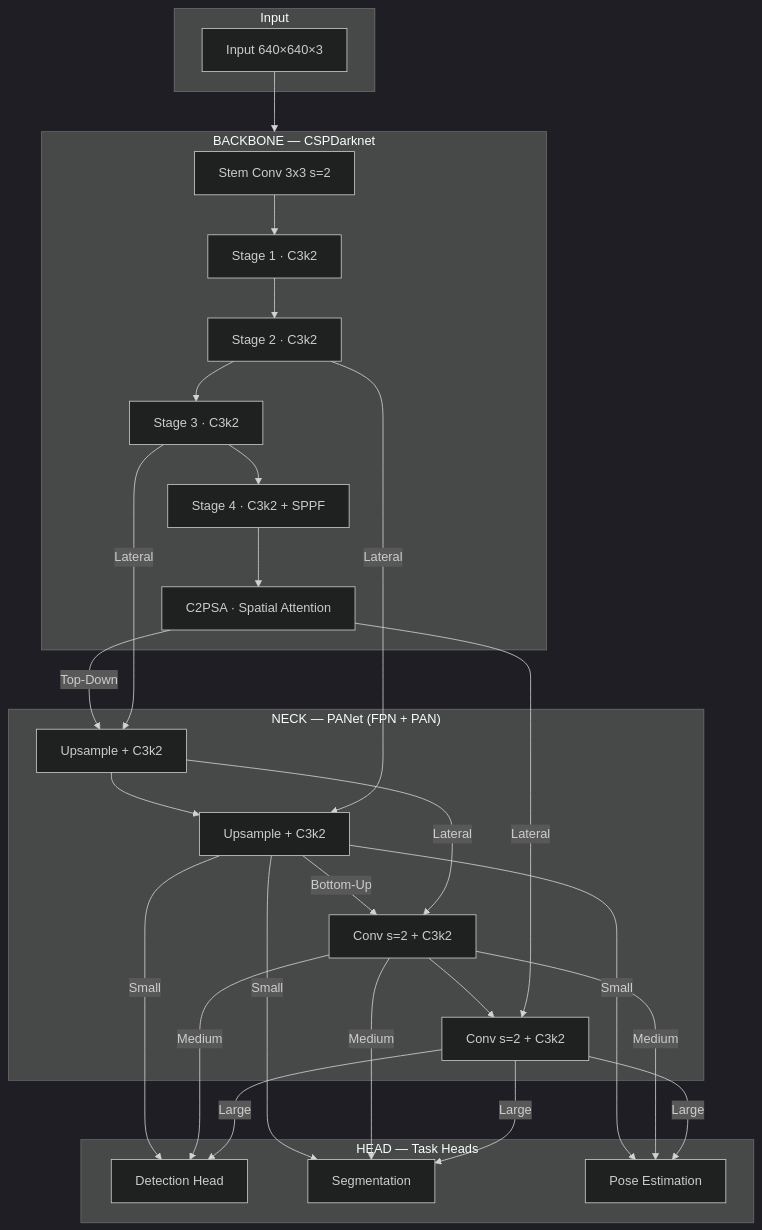
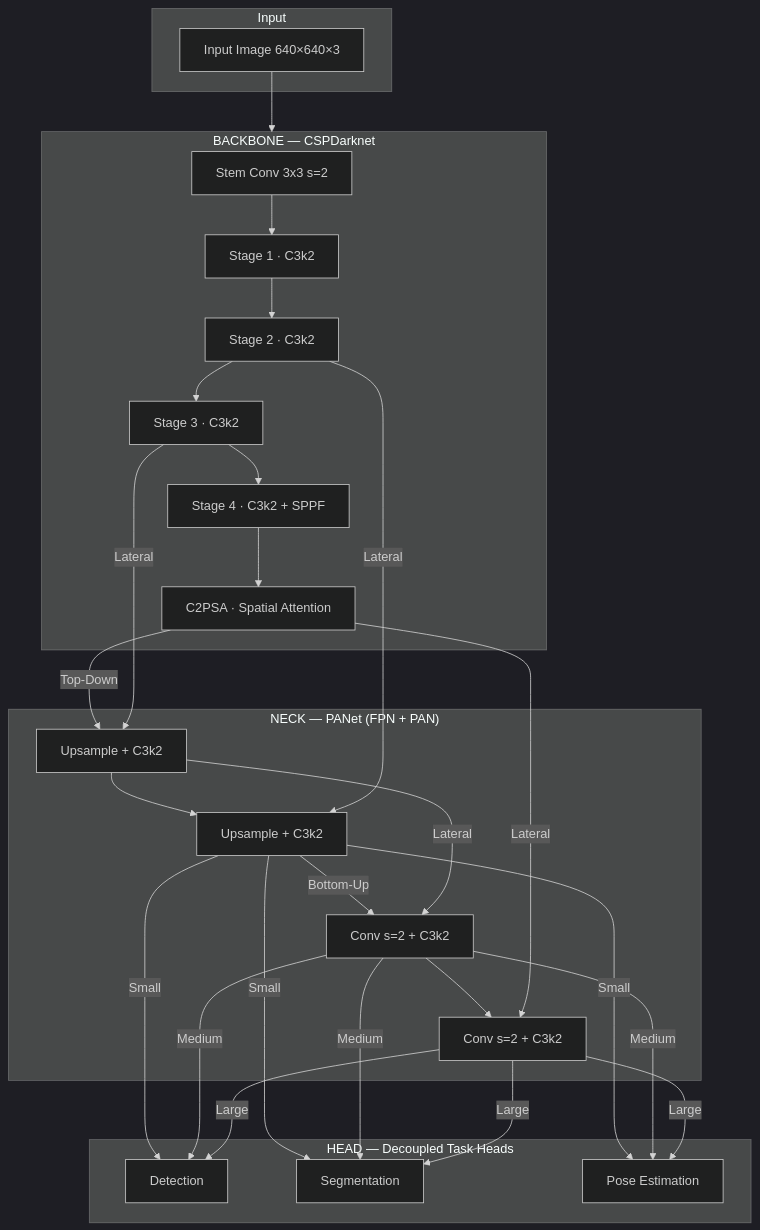
Before and after one commit to B4rtekk1/YOLO: the diagram in README.md, drawn with Mermaid (dark theme). The commit also changed other lines of this file and 4 other files, not shown here.

````diff
--- a/README.md
+++ b/README.md
@@ -124,50 +137,44 @@
 ```mermaid
 flowchart TB
     subgraph Input
-        IMG[Input 640×640×3]
+        IMG[Input Image 640×640×3]
     end
 
     subgraph Backbone["BACKBONE — CSPDarknet"]
         STEM[Stem Conv 3x3 s=2]
         S1[Stage 1 · C3k2]
         P3[Stage 2 · C3k2]
         P4[Stage 3 · C3k2]
         S4[Stage 4 · C3k2 + SPPF]
         P5[C2PSA · Spatial Attention]
         STEM --> S1 --> P3 --> P4 --> S4 --> P5
     end
 
     subgraph Neck["NECK — PANet (FPN + PAN)"]
         FPN1[Upsample + C3k2]
         FPN2[Upsample + C3k2]
         PAN1[Conv s=2 + C3k2]
         PAN2[Conv s=2 + C3k2]
         
         P5 -->|Top-Down| FPN1
         P4 -->|Lateral| FPN1
         FPN1 --> FPN2
         P3 -->|Lateral| FPN2
         
         FPN2 -->|Bottom-Up| PAN1
         FPN1 -->|Lateral| PAN1
         PAN1 --> PAN2
         P5 -->|Lateral| PAN2
     end
 
-    subgraph Head["HEAD — Task Heads"]
-        DET[Detection Head]
+    subgraph Head["HEAD — Decoupled Task Heads"]
+        DET[Detection]
         SEG[Segmentation]
         POSE[Pose Estimation]
     end
 
     IMG --> Backbone
-    FPN2 -->|Small| DET
-    PAN1 -->|Medium| DET
-    PAN2 -->|Large| DET
-    FPN2 -->|Small| SEG
-    PAN1 -->|Medium| SEG
-    PAN2 -->|Large| SEG
-    FPN2 -->|Small| POSE
-    PAN1 -->|Medium| POSE
-    PAN2 -->|Large| POSE
+    FPN2 -->|Small| DET & SEG & POSE
+    PAN1 -->|Medium| DET & SEG & POSE
+    PAN2 -->|Large| DET & SEG & POSE
 ```
````
